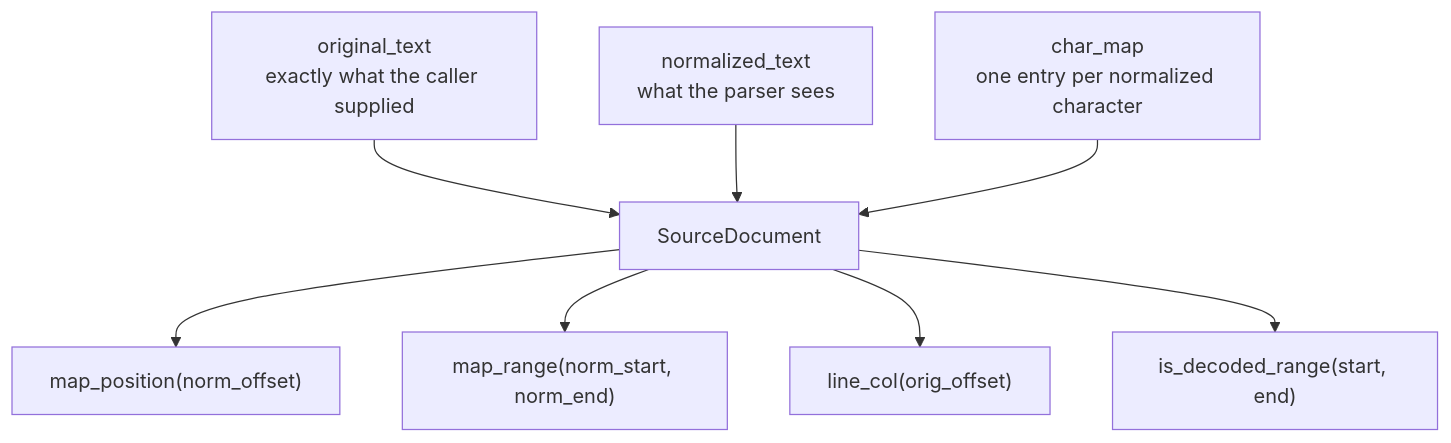
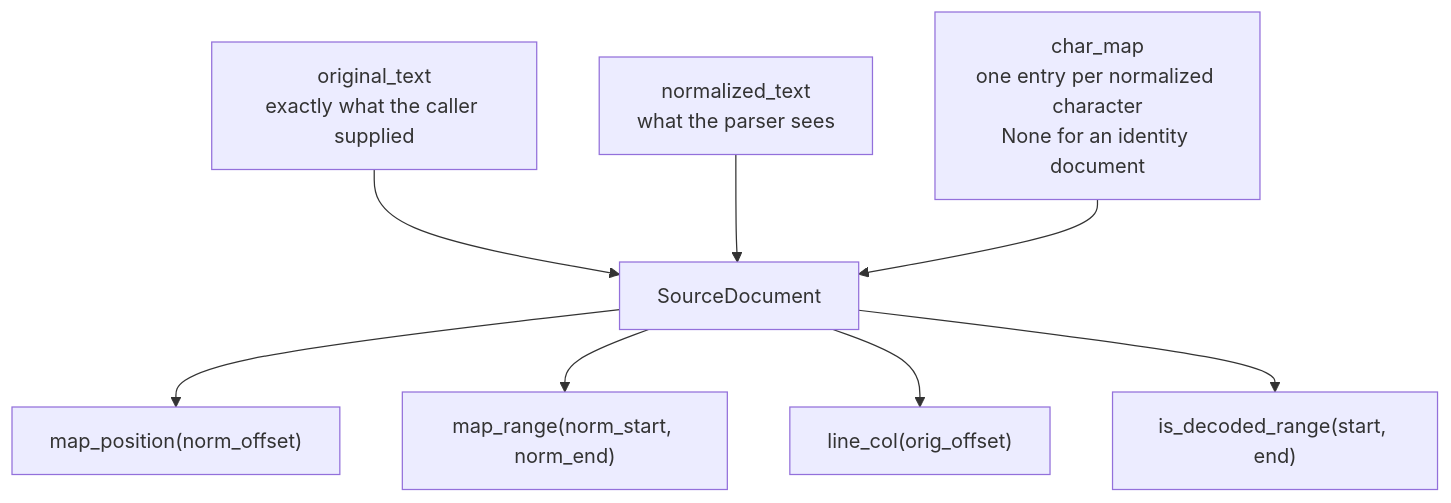
The first of 4 diagrams in docs/source-provenance.md (SorenHJohansen/sattline-parser), drawn with Mermaid before and after one commit. The commit also changed other lines of this file and 157 other files, not shown here.

````diff
--- a/docs/source-provenance.md
+++ b/docs/source-provenance.md
@@ -24,13 +24,13 @@
 ```mermaid
 flowchart TB
     ORIG["original_text<br/>exactly what the caller supplied"]
     NORM["normalized_text<br/>what the parser sees"]
-    MAP["char_map<br/>one entry per normalized character"]
+    MAP["char_map<br/>one entry per normalized character<br/>None for an identity document"]
     ORIG --> DOC["SourceDocument"]
     NORM --> DOC
     MAP --> DOC
     DOC --> P["map_position(norm_offset)"]
     DOC --> R["map_range(norm_start, norm_end)"]
     DOC --> L["line_col(orig_offset)"]
     DOC --> D["is_decoded_range(start, end)"]
 ```
````
